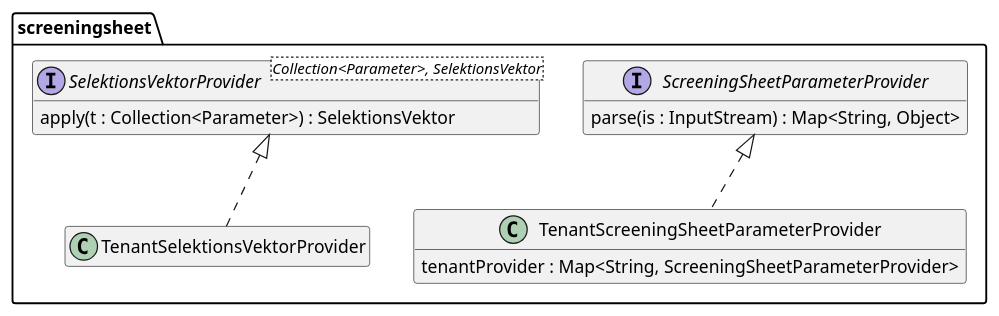
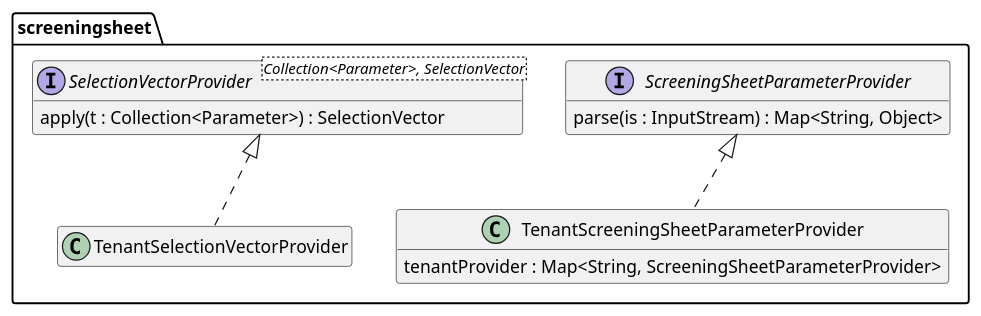
One commit to tailoringexpert/platform changed the diagram in src/site/arc42/plantuml/tenant/screeningsheet/Ebene3.plantuml. Above: the diagram before and after it, drawn with PlantUML. The commit also changed 391 other files, not shown here.

```diff
--- a/src/site/arc42/plantuml/tenant/screeningsheet/Ebene3.plantuml
+++ b/src/site/arc42/plantuml/tenant/screeningsheet/Ebene3.plantuml
@@ -1,24 +1,24 @@
 @startuml Ebene3.png
 hide empty members
 
 package screeningsheet {
 
     interface ScreeningSheetParameterProvider {
         parse(is : InputStream) : Map<String, Object>
     }
 
     class TenantScreeningSheetParameterProvider {
         tenantProvider : Map<String, ScreeningSheetParameterProvider>
     }
     ScreeningSheetParameterProvider <|.. TenantScreeningSheetParameterProvider
 
-    interface "SelektionsVektorProvider<Collection<Parameter>, SelektionsVektor>"  as selektionsVektorProvider{
-        apply(t : Collection<Parameter>) : SelektionsVektor
+    interface "SelectionVectorProvider<Collection<Parameter>, SelectionVector>"  as selectionVectorProvider{
+        apply(t : Collection<Parameter>) : SelectionVector
     }
-    class TenantSelektionsVektorProvider {
+    class TenantSelectionVectorProvider {
     }
-    selektionsVektorProvider <|.. TenantSelektionsVektorProvider
+    selectionVectorProvider <|.. TenantSelectionVectorProvider
 
 
 }
 @enduml
```
